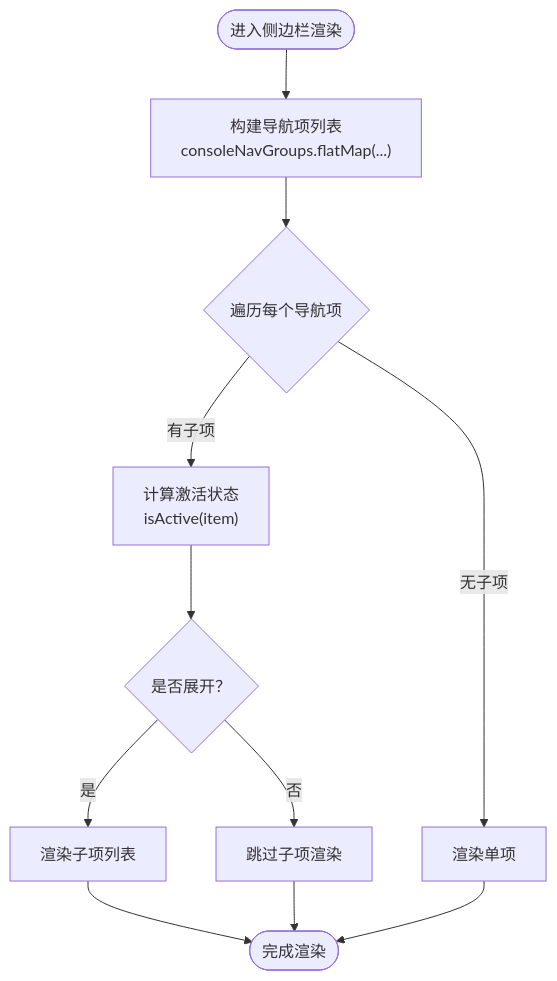
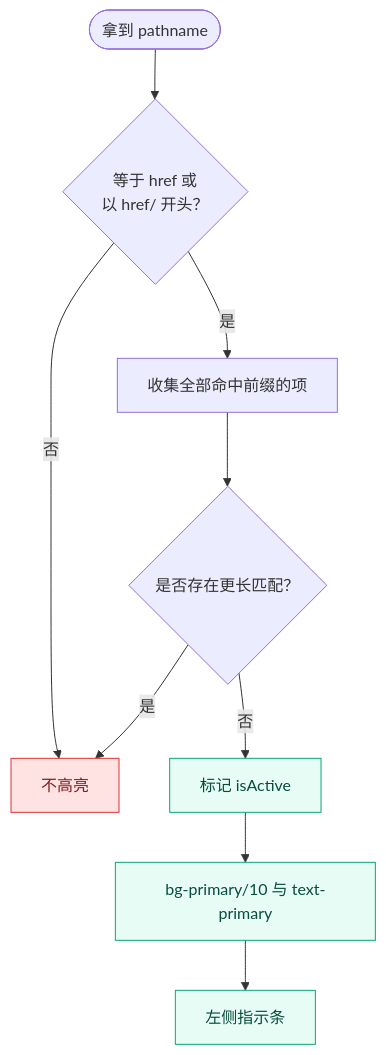
The fourth of 6 diagrams in docs/前端管理界面/Next.js 架构设计/仪表板布局与导航.md (x01n/My-OpenWaf), drawn with Mermaid before and after one commit. The commit also changed other lines of this file and 622 other files, not shown here.

````diff
--- a/docs/前端管理界面/Next.js 架构设计/仪表板布局与导航.md
+++ b/docs/前端管理界面/Next.js 架构设计/仪表板布局与导航.md
@@ -130,13 +290,15 @@
 ```mermaid
 flowchart TD
-Start(["进入侧边栏渲染"]) --> Build["构建导航项列表<br/>consoleNavGroups.flatMap(...)"]
-Build --> Loop{"遍历每个导航项"}
-Loop --> |有子项| CheckActive["计算激活状态<br/>isActive(item)"]
-CheckActive --> Expanded{"是否展开？"}
-Expanded --> |是| RenderSub["渲染子项列表"]
-Expanded --> |否| SkipSub["跳过子项渲染"]
-Loop --> |无子项| RenderItem["渲染单项"]
-RenderSub --> End(["完成渲染"])
-SkipSub --> End
-RenderItem --> End
+  S(["拿到 pathname"]) --> P1{"等于 href 或<br/>以 href/ 开头？"}
+  P1 --> |否| N["不高亮"]
+  P1 --> |是| P2["收集全部命中前缀的项"]
+  P2 --> P3{"是否存在更长匹配？"}
+  P3 --> |是| N
+  P3 --> |否| Y["标记 isActive"]
+  Y --> Y1["bg-primary/10 与 text-primary"]
+  Y1 --> Y2["左侧指示条"]
+  classDef yes fill:#e6fcf5,stroke:#0ca678,color:#084d3b
+  classDef no fill:#ffe3e3,stroke:#e03131,color:#7d1f1f
+  class Y,Y1,Y2 yes
+  class N no
 ```
````
